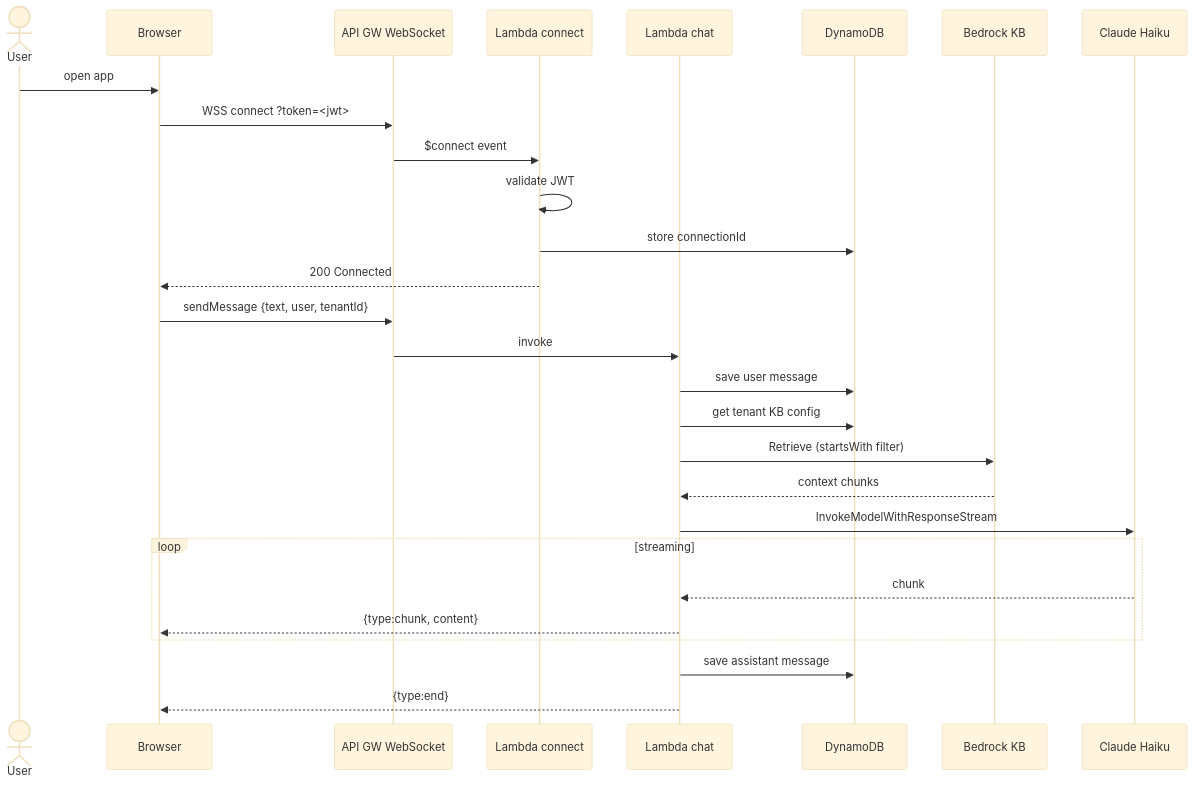
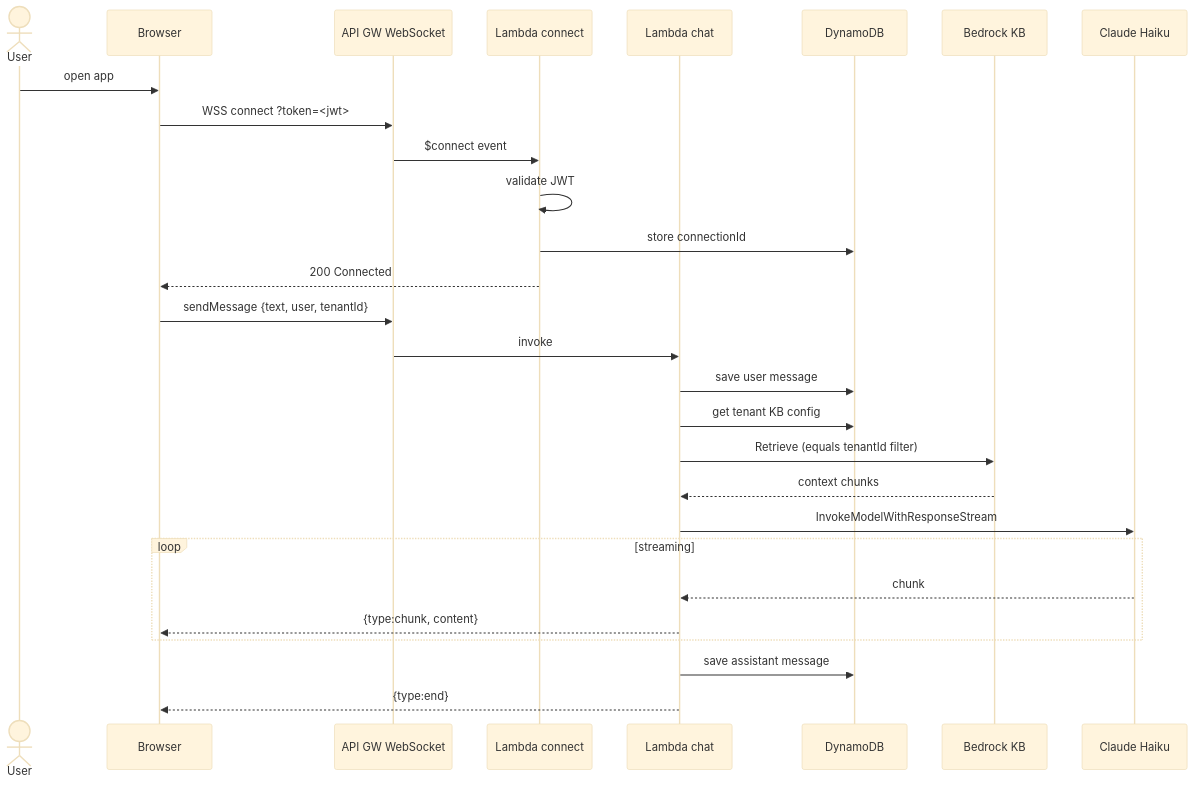
One commit to effectivegenie/knowledge-assistant changed the second of 3 diagrams in docs/architecture.md. Above: the diagram before and after it, drawn with Mermaid (base theme). The commit also changed other lines of this file and 7 other files, not shown here.

````diff
--- a/docs/architecture.md
+++ b/docs/architecture.md
@@ -47,32 +55,32 @@
 ```mermaid
 sequenceDiagram
     actor User
     participant Browser
     participant WS as API GW WebSocket
     participant Connect as Lambda connect
     participant Chat as Lambda chat
     participant DDB as DynamoDB
     participant KB as Bedrock KB
     participant Claude as Claude Haiku
 
     User->>Browser: open app
     Browser->>WS: WSS connect ?token=<jwt>
     WS->>Connect: $connect event
     Connect->>Connect: validate JWT
     Connect->>DDB: store connectionId
     Connect-->>Browser: 200 Connected
 
     Browser->>WS: sendMessage {text, user, tenantId}
     WS->>Chat: invoke
     Chat->>DDB: save user message
     Chat->>DDB: get tenant KB config
-    Chat->>KB: Retrieve (startsWith filter)
+    Chat->>KB: Retrieve (equals tenantId filter)
     KB-->>Chat: context chunks
     Chat->>Claude: InvokeModelWithResponseStream
     loop streaming
         Claude-->>Chat: chunk
         Chat-->>Browser: {type:chunk, content}
     end
     Chat->>DDB: save assistant message
     Chat-->>Browser: {type:end}
 ```
````
